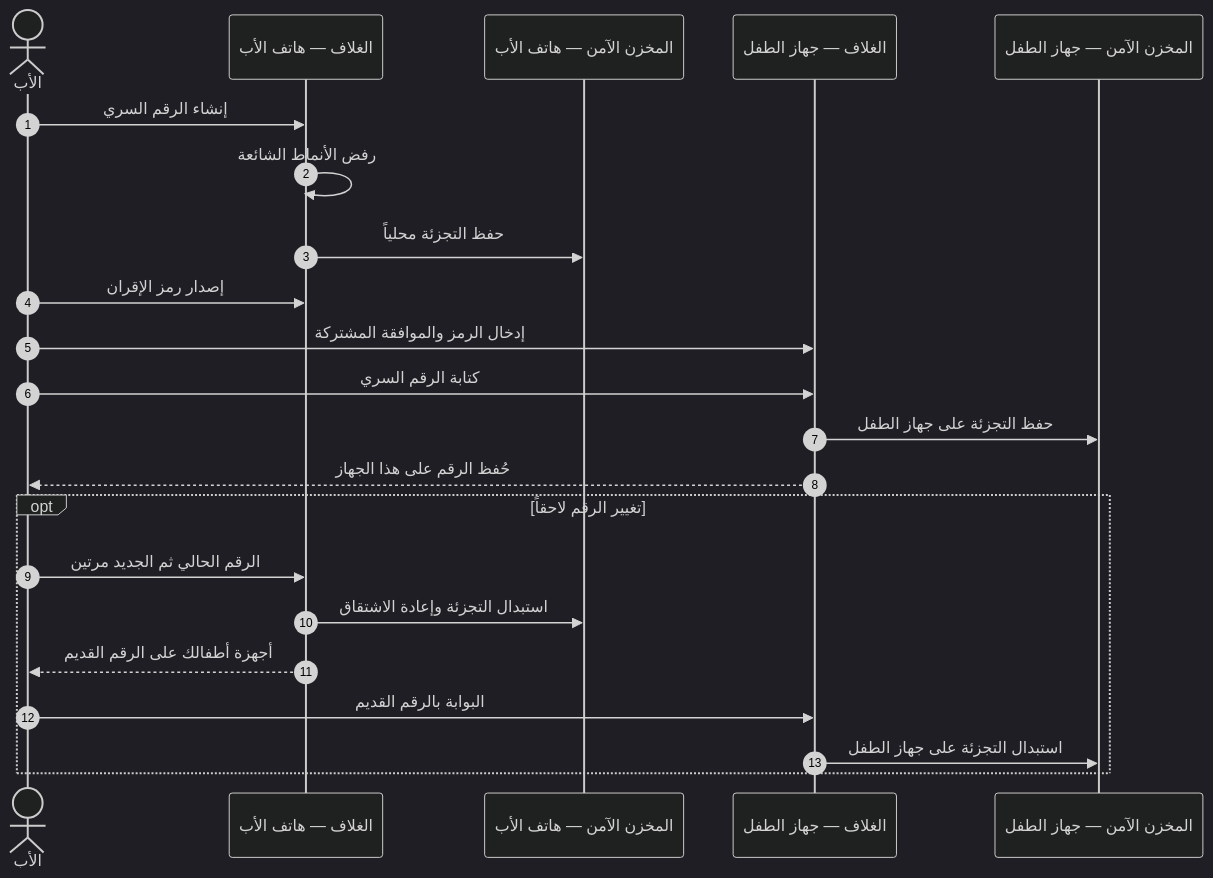
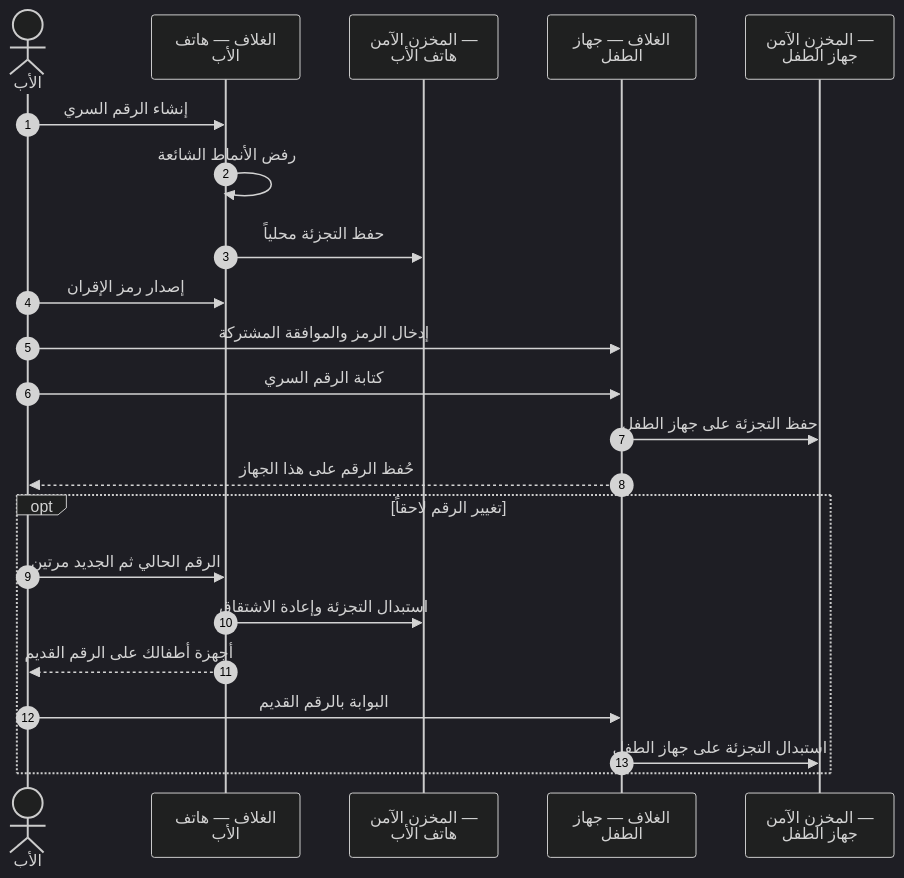
Diagram 12 of 26 in docs/family-os/governance/phases/phase-1/S1-01-app-shell-and-platform/DIAGRAMS.md (Bassam-mohammed-alqaeadi/family-os-v2), drawn with Mermaid (dark theme) before and after one commit. The commit also changed other lines of this file, not shown here.

````diff
--- a/docs/family-os/governance/phases/phase-1/S1-01-app-shell-and-platform/DIAGRAMS.md
+++ b/docs/family-os/governance/phases/phase-1/S1-01-app-shell-and-platform/DIAGRAMS.md
@@ -452,24 +473,25 @@
 ```mermaid
+%%{init: {"sequence": {"wrap": true}}}%%
 sequenceDiagram
     autonumber
     actor Father as الأب
     participant PShell as الغلاف — هاتف الأب
     participant PKS as المخزن الآمن — هاتف الأب
     participant CShell as الغلاف — جهاز الطفل
     participant CKS as المخزن الآمن — جهاز الطفل
     Father->>PShell: إنشاء الرقم السري
     PShell->>PShell: رفض الأنماط الشائعة
     PShell->>PKS: حفظ التجزئة محلياً
     Father->>PShell: إصدار رمز الإقران
     Father->>CShell: إدخال الرمز والموافقة المشتركة
     Father->>CShell: كتابة الرقم السري
     CShell->>CKS: حفظ التجزئة على جهاز الطفل
     CShell-->>Father: حُفظ الرقم على هذا الجهاز
     opt تغيير الرقم لاحقاً
         Father->>PShell: الرقم الحالي ثم الجديد مرتين
         PShell->>PKS: استبدال التجزئة وإعادة الاشتقاق
         PShell-->>Father: أجهزة أطفالك على الرقم القديم
         Father->>CShell: البوابة بالرقم القديم
         CShell->>CKS: استبدال التجزئة على جهاز الطفل
     end
 ```
````
